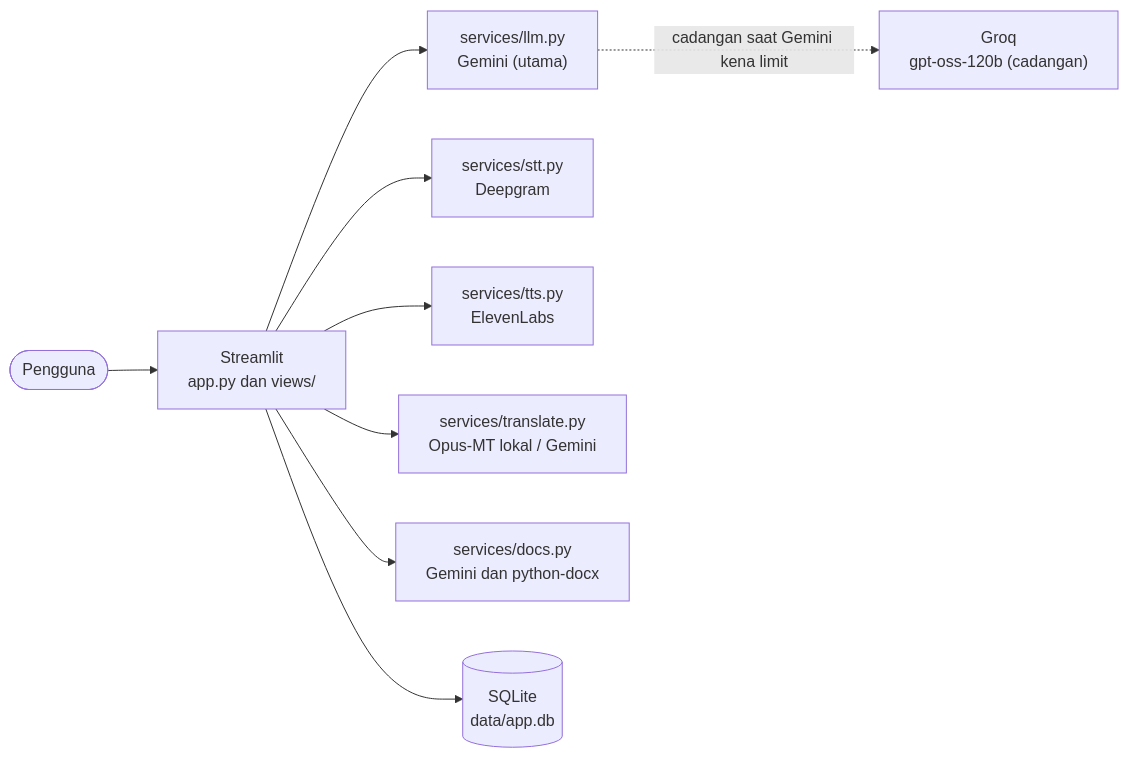
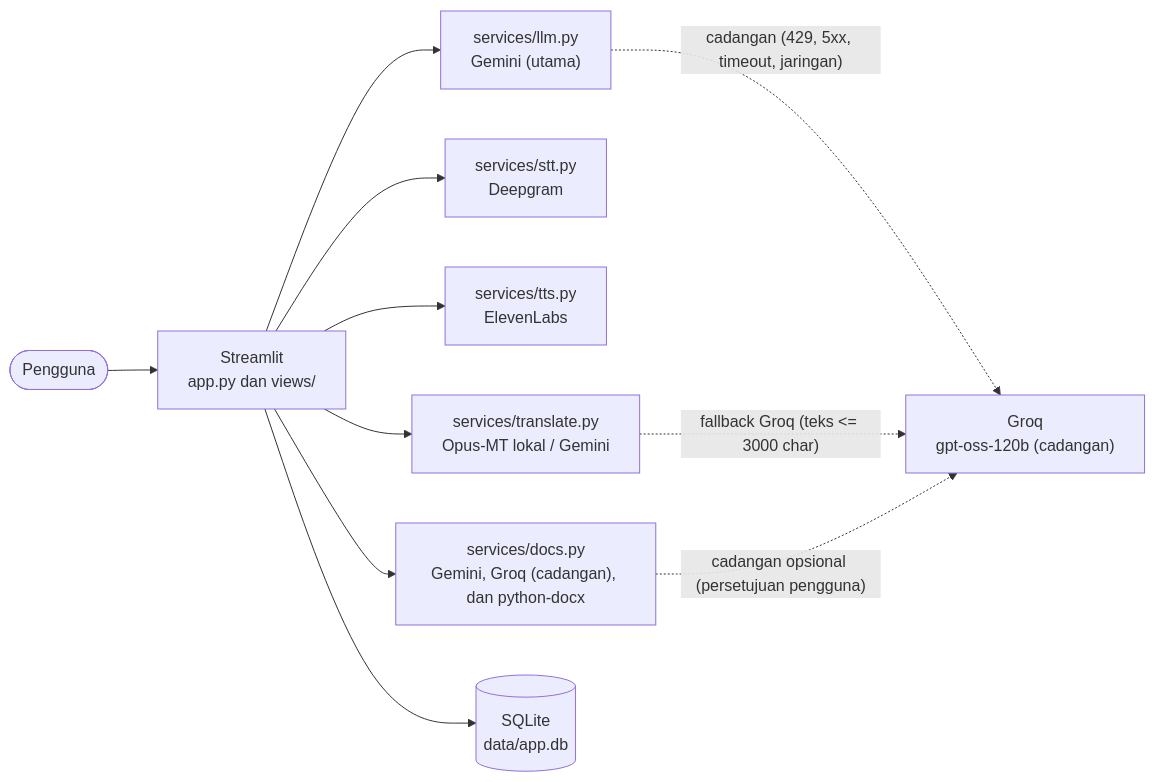
Before and after one commit to Skywalker0715/fluenta: the diagram in README.md, drawn with Mermaid. The commit also changed other lines of this file and 4 other files, not shown here.

````diff
--- a/README.md
+++ b/README.md
@@ -54,12 +64,14 @@
 ```mermaid
 flowchart LR
     U([Pengguna]) --> UI["Streamlit<br/>app.py dan views/"]
     UI --> LLM["services/llm.py<br/>Gemini (utama)"]
     UI --> STT["services/stt.py<br/>Deepgram"]
     UI --> TTS["services/tts.py<br/>ElevenLabs"]
     UI --> TR["services/translate.py<br/>Opus-MT lokal / Gemini"]
-    UI --> DOC["services/docs.py<br/>Gemini dan python-docx"]
+    UI --> DOC["services/docs.py<br/>Gemini, Groq (cadangan), dan python-docx"]
     UI --> DB[("SQLite<br/>data/app.db")]
     GQ["Groq<br/>gpt-oss-120b (cadangan)"]
-    LLM -.->|"cadangan saat Gemini kena limit"| GQ
+    LLM -.->|"cadangan (429, 5xx, timeout, jaringan)"| GQ
+    TR -.->|"fallback Groq (teks <= 3000 char)"| GQ
+    DOC -.->|"cadangan opsional (persetujuan pengguna)"| GQ
 ```
````
